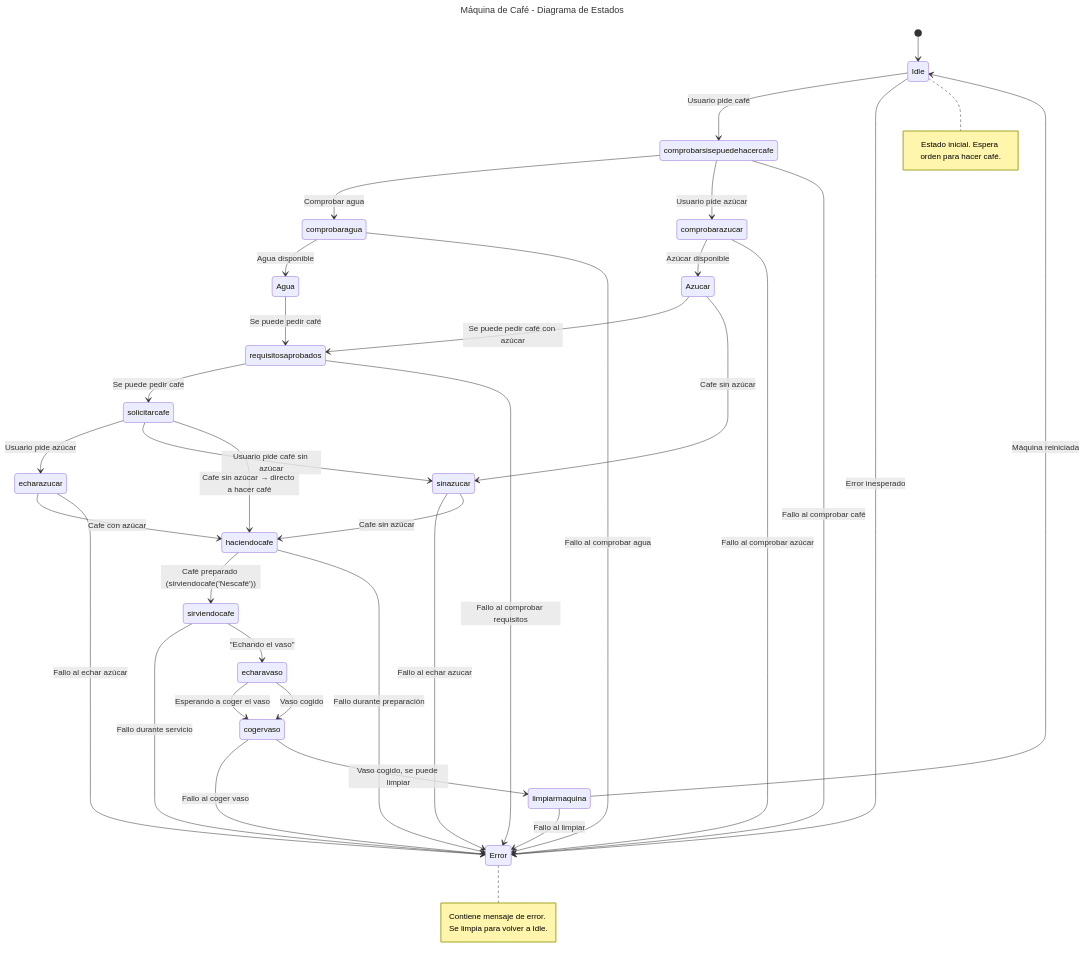
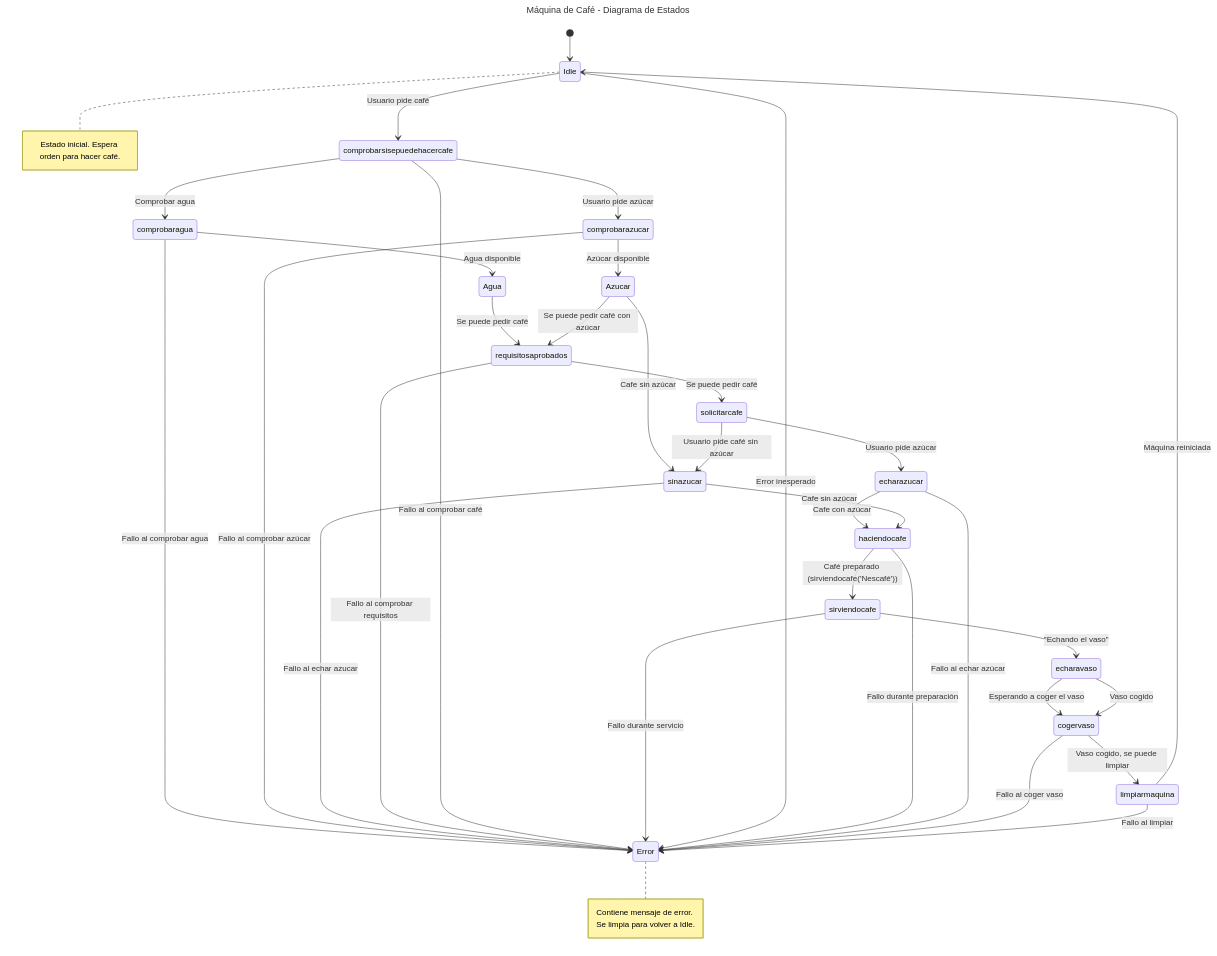
Before and after one commit to shermidagre/PMDM: the diagram in 1trabajo/src/diagrama.mmd, drawn with Mermaid.

Commit message:
random para probar

```diff
--- a/1trabajo/src/diagrama.mmd
+++ b/1trabajo/src/diagrama.mmd
@@ -1,43 +1,43 @@
 ---
 title: Máquina de Café - Diagrama de Estados
 ---
 stateDiagram-v2
 [*] --> Idle
 Idle --> comprobarsisepuedehacercafe: Usuario pide café
 
 comprobarsisepuedehacercafe --> comprobaragua: Comprobar agua
 comprobaragua --> Agua: Agua disponible
 Agua --> requisitosaprobados: Se puede pedir café
 comprobaragua --> Error: Fallo al comprobar agua
 
 comprobarsisepuedehacercafe --> comprobarazucar : Usuario pide azúcar
 comprobarazucar --> Azucar: Azúcar disponible
 comprobarazucar --> Error : Fallo al comprobar azúcar
 Azucar --> requisitosaprobados: Se puede pedir café con azúcar
 
 Azucar --> sinazucar: Cafe sin azúcar
 sinazucar --> Error : Fallo al echar azucar
 
 requisitosaprobados --> solicitarcafe: Se puede pedir café
 requisitosaprobados --> Error: Fallo al comprobar requisitos
 
 comprobarsisepuedehacercafe --> Error: Fallo al comprobar café
 solicitarcafe --> echarazucar: Usuario pide azúcar
 solicitarcafe --> sinazucar: Usuario pide café sin azúcar
 echarazucar --> haciendocafe: Cafe con azúcar
 sinazucar --> haciendocafe: Cafe sin azúcar
-solicitarcafe --> haciendocafe: Cafe sin azúcar → directo a hacer café
+
 haciendocafe --> sirviendocafe: Café preparado (sirviendocafe('Nescafé'))
 sirviendocafe --> Error: Fallo durante servicio
 Idle --> Error: Error inesperado
 haciendocafe --> Error: Fallo durante preparación
 echarazucar --> Error: Fallo al echar azúcar
 sirviendocafe --> echaravaso: "Echando el vaso"
 echaravaso --> cogervaso: Esperando a coger el vaso
 cogervaso --> Error: Fallo al coger vaso
 echaravaso --> cogervaso: Vaso cogido
 cogervaso --> limpiarmaquina:  Vaso cogido, se puede limpiar
 limpiarmaquina --> Idle: Máquina reiniciada
 limpiarmaquina --> Error: Fallo al limpiar
 note right of Idle: Estado inicial. Espera orden para hacer café.
 note right of Error: Contiene mensaje de error. Se limpia para volver a Idle.
```
